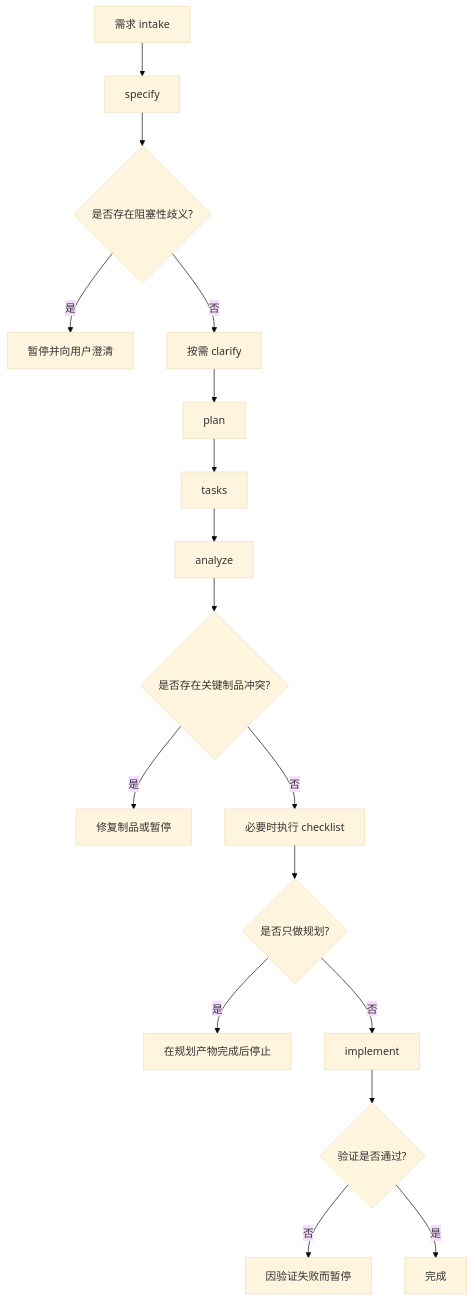
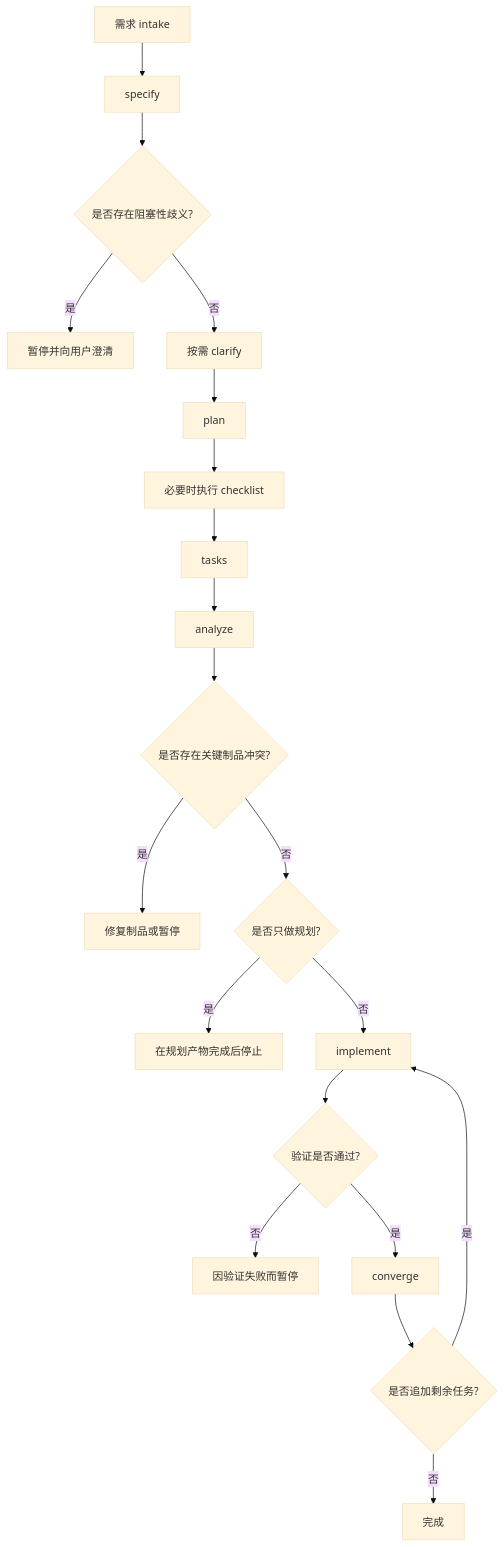
The second of 2 diagrams in README.md (TechZi/speckit-pipeline), drawn with Mermaid (base theme) before and after one commit. The commit also changed other lines of this file and 14 other files, not shown here.

````diff
--- a/README.md
+++ b/README.md
@@ -328,19 +333,22 @@
 ```mermaid
 flowchart TD
     A[需求 intake] --> B[specify]
     B --> C{是否存在阻塞性歧义?}
     C -- 是 --> C1[暂停并向用户澄清]
     C -- 否 --> D[按需 clarify]
     D --> E[plan]
-    E --> F[tasks]
-    F --> G[analyze]
-    G --> H{是否存在关键制品冲突?}
-    H -- 是 --> H1[修复制品或暂停]
-    H -- 否 --> I[必要时执行 checklist]
-    I --> J{是否只做规划?}
+    E --> F[必要时执行 checklist]
+    F --> G[tasks]
+    G --> H[analyze]
+    H --> I{是否存在关键制品冲突?}
+    I -- 是 --> I1[修复制品或暂停]
+    I -- 否 --> J{是否只做规划?}
     J -- 是 --> J1[在规划产物完成后停止]
     J -- 否 --> K[implement]
     K --> L{验证是否通过?}
     L -- 否 --> L1[因验证失败而暂停]
-    L -- 是 --> M[完成]
+    L -- 是 --> M[converge]
+    M --> N{是否追加剩余任务?}
+    N -- 是 --> K
+    N -- 否 --> O[完成]
 ```
````
